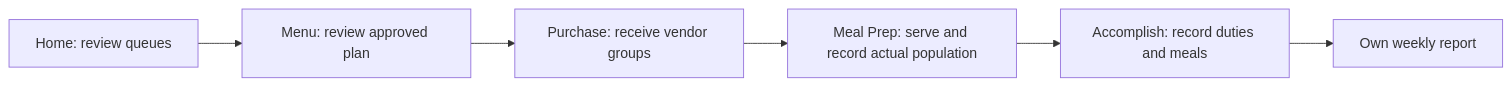
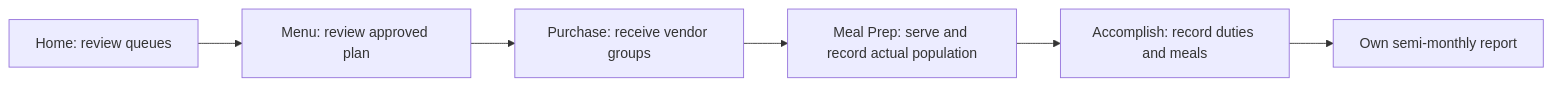
One commit to ja2gc/Nutriscope changed the diagram in docs/modules/fss.md. Above: the diagram before and after it, drawn with Mermaid. The commit also changed other lines of this file and 18 other files, not shown here.

````diff
--- a/docs/modules/fss.md
+++ b/docs/modules/fss.md
@@ -37,8 +37,8 @@
 ```mermaid
 flowchart LR
     A["Home: review queues"] --> B["Menu: review approved plan"]
     B --> C["Purchase: receive vendor groups"]
     C --> D["Meal Prep: serve and record actual population"]
     D --> E["Accomplish: record duties and meals"]
-    E --> F["Own weekly report"]
+    E --> F["Own semi-monthly report"]
 ```
````
